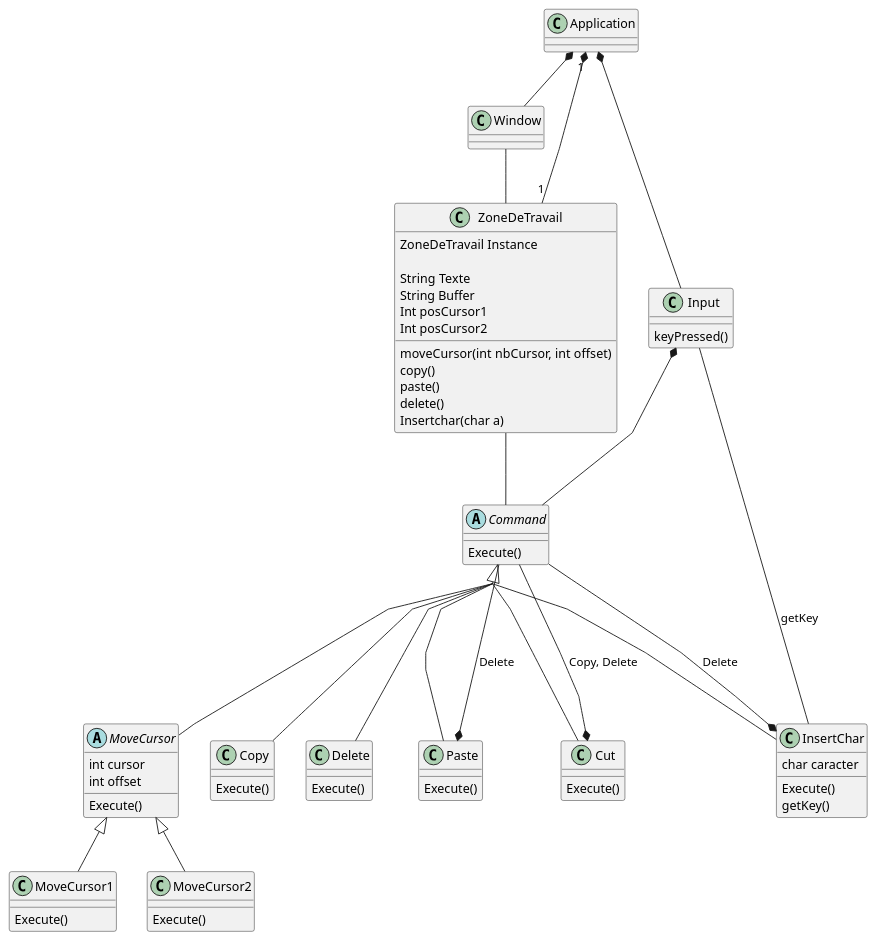
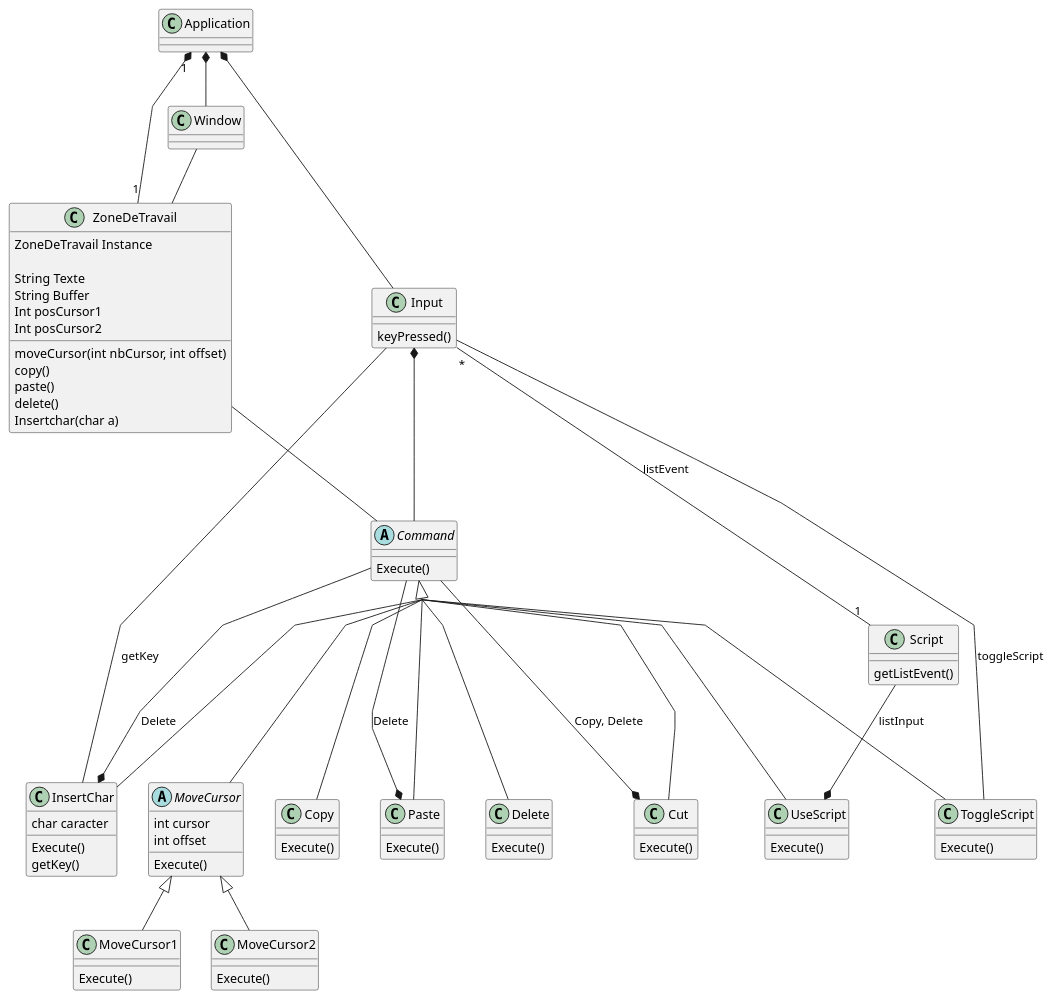
Before and after one commit to Emeraudia/ESIR2_Dracer: the diagram in OMD/TP2/classV2.wsd, drawn with PlantUML. The commit also changed 1 other file, not shown here.

Commit message:
v2 class diagram a.

```diff
--- a/OMD/TP2/classV2.wsd
+++ b/OMD/TP2/classV2.wsd
@@ -1,95 +1,113 @@
 @startuml classDiagram
 skinparam groupInheritance 4
 skinparam Linetype polyline
 
 
 class Application {
  
 }
 
 class Window {
 
 }
 
 class ZoneDeTravail {
     ZoneDeTravail Instance
 
     String Texte
     String Buffer
     Int posCursor1
     Int posCursor2
 
     moveCursor(int nbCursor, int offset)
     copy()
     paste()
     delete()
     Insertchar(char a)
 }
 
 class Input {
     keyPressed()
+}
+
+class Script{
+    getListEvent()
 }
 
 abstract Command {
     Execute()
 }
 
 abstract MoveCursor {
     int cursor
     int offset
     Execute()
 }
 
 class MoveCursor1 {
     Execute()
 }
 class MoveCursor2 {
     Execute()
 }
 
 class Copy {
     Execute()
 }
 
 class Delete{
     Execute()
 }
 
 class Paste {
     Execute()
 }
 
 class Cut {
     Execute()
 }
 
 class InsertChar {
     char caracter
     Execute()
     getKey()
 }
 
+class ToggleScript{
+    Execute()
+}
+
+class UseScript{
+    Execute()
+}
+
 Application "1" *-- "1" ZoneDeTravail
 Application *-- Input
 Application *-- Window
 Input *-- Command
 ZoneDeTravail -- Command
 
 Command <|--- MoveCursor
 Command <|--- Delete
 Command <|--- Copy
 
 Command <|--- Paste
 Command <|--- Cut
 Command <|--- InsertChar
 
+Command <|--- ToggleScript
+Command <|--- UseScript
+
 MoveCursor <|-- MoveCursor1
 MoveCursor <|-- MoveCursor2
 
 Command --* Cut : Copy, Delete
 Command --* InsertChar : Delete
 Command --* Paste : Delete
 Input -- InsertChar : getKey
 Window -- ZoneDeTravail
 
+Input "*" -- "1" Script : listEvent
+Input -- ToggleScript : toggleScript
+Script --* UseScript : listInput
 @enduml
```
